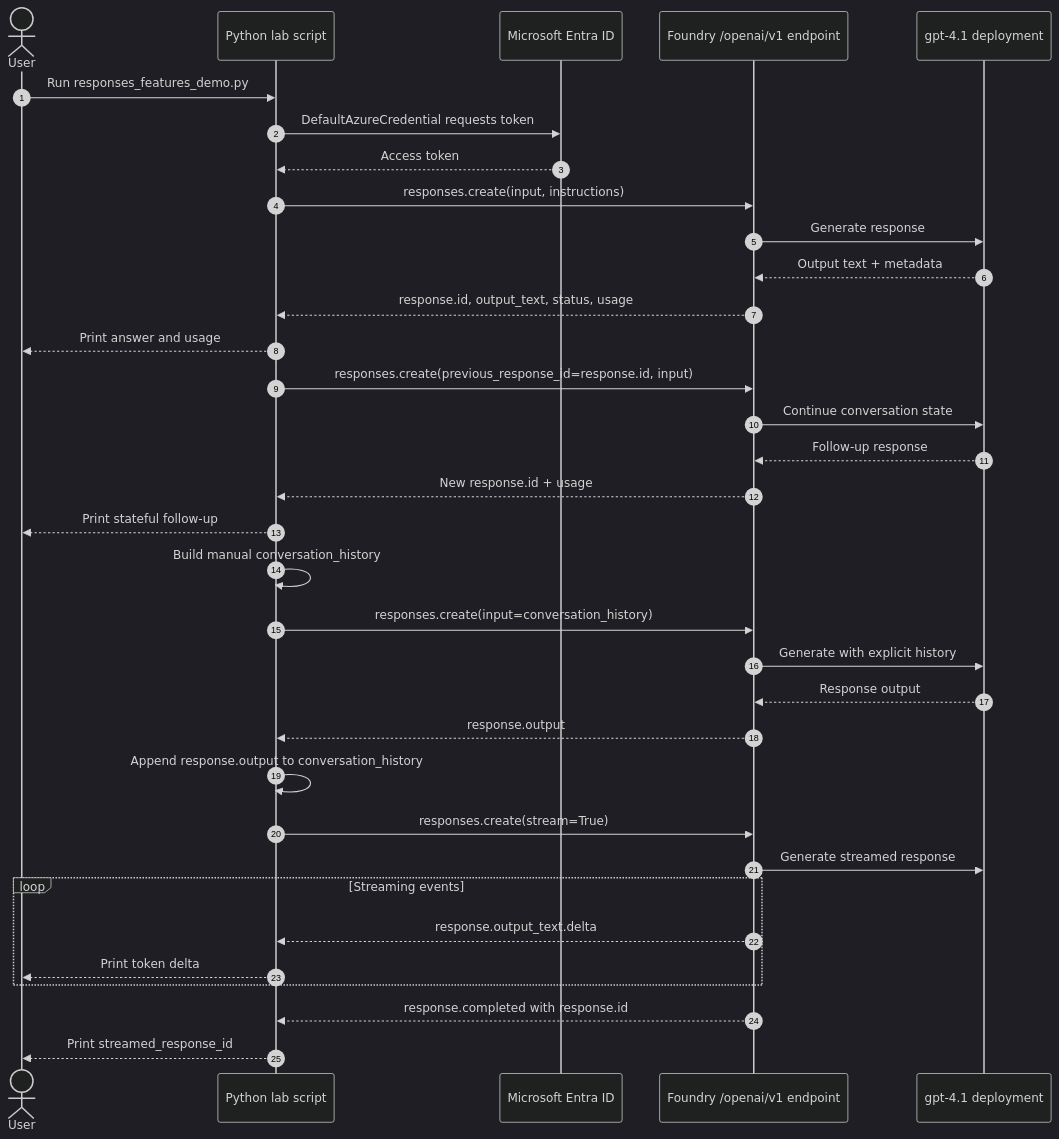
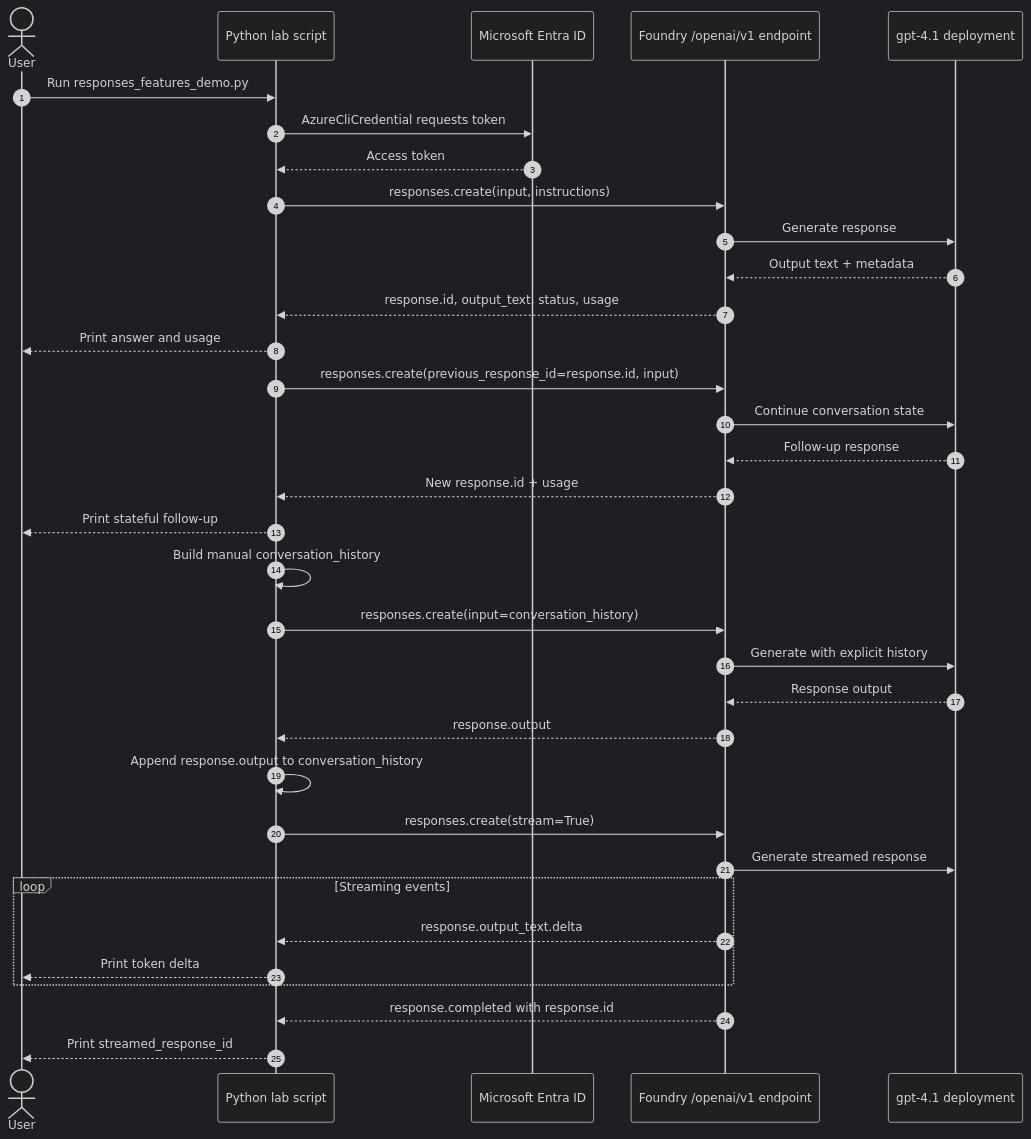
Before and after one commit to hariscats/ai-103-foundry-learning-lab: the diagram in artifacts/responses-api-flow.md, drawn with Mermaid (dark theme). The commit also changed 14 other files, not shown here.

````diff
--- a/artifacts/responses-api-flow.md
+++ b/artifacts/responses-api-flow.md
@@ -3,41 +3,41 @@
 ```mermaid
 sequenceDiagram
     autonumber
     actor User
     participant App as Python lab script
     participant Identity as Microsoft Entra ID
     participant API as Foundry /openai/v1 endpoint
     participant Model as gpt-4.1 deployment
 
     User->>App: Run responses_features_demo.py
-    App->>Identity: DefaultAzureCredential requests token
+    App->>Identity: AzureCliCredential requests token
     Identity-->>App: Access token
 
     App->>API: responses.create(input, instructions)
     API->>Model: Generate response
     Model-->>API: Output text + metadata
     API-->>App: response.id, output_text, status, usage
     App-->>User: Print answer and usage
 
     App->>API: responses.create(previous_response_id=response.id, input)
     API->>Model: Continue conversation state
     Model-->>API: Follow-up response
     API-->>App: New response.id + usage
     App-->>User: Print stateful follow-up
 
     App->>App: Build manual conversation_history
     App->>API: responses.create(input=conversation_history)
     API->>Model: Generate with explicit history
     Model-->>API: Response output
     API-->>App: response.output
     App->>App: Append response.output to conversation_history
 
     App->>API: responses.create(stream=True)
     API->>Model: Generate streamed response
     loop Streaming events
         API-->>App: response.output_text.delta
         App-->>User: Print token delta
     end
     API-->>App: response.completed with response.id
     App-->>User: Print streamed_response_id
 ```
````
